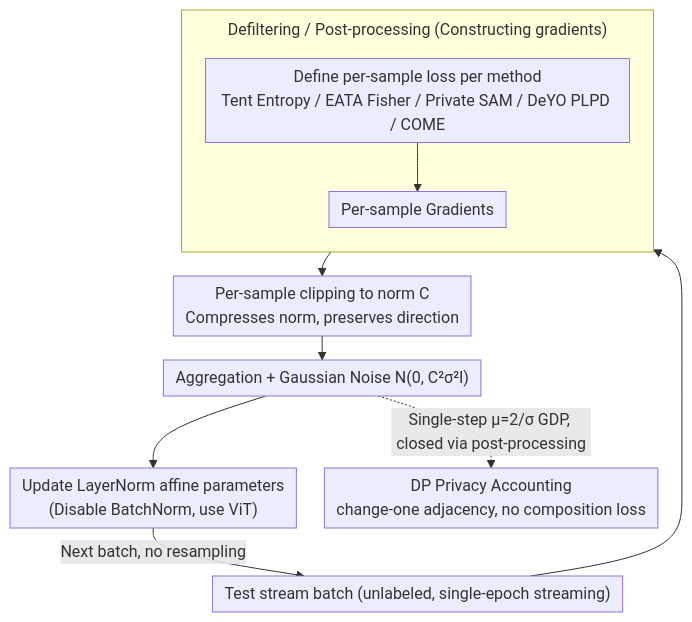
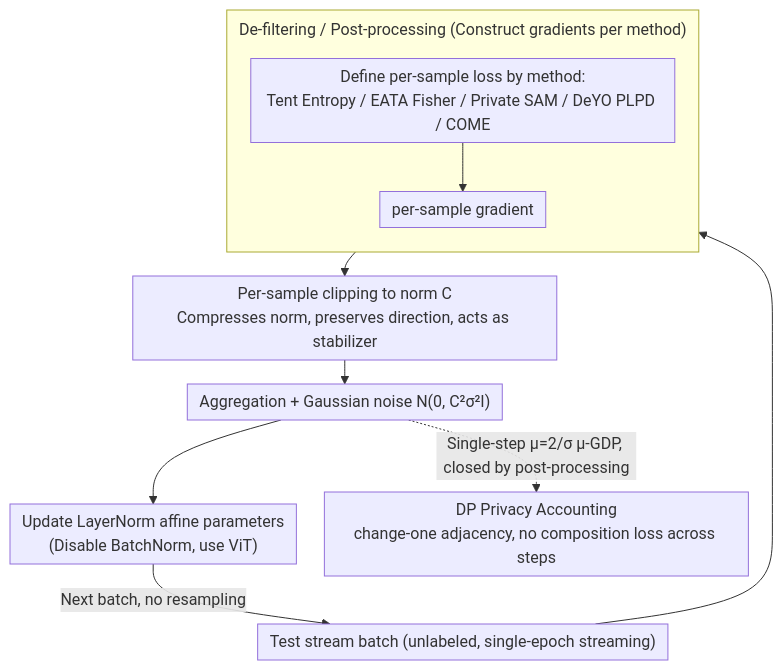
One commit to zhaoyang97/Paper-Notes-en changed the diagram in docs/ICML2026/others/private_and_stable_test-time_adaptation_with_differential_privacy.md. Above: the diagram before and after it, drawn with Mermaid. The commit also changed other lines of this file and 5084 other files, not shown here.

````diff
--- a/docs/ICML2026/others/private_and_stable_test-time_adaptation_with_differential_privacy.md
+++ b/docs/ICML2026/others/private_and_stable_test-time_adaptation_with_differential_privacy.md
@@ -48,14 +48,14 @@
 ```mermaid
 %%{init: {'flowchart': {'rankSpacing': 24, 'nodeSpacing': 28, 'padding': 6, 'wrappingWidth': 400, 'subGraphTitleMargin': {'top': 8, 'bottom': 16}}}}%%
 flowchart TD
     A["Test stream batch (unlabeled, single-epoch streaming)"] --> G2
-    subgraph G2["Defiltering / Post-processing (Constructing gradients)"]
+    subgraph G2["De-filtering / Post-processing (Construct gradients per method)"]
         direction TB
-        B["Define per-sample loss per method<br/>Tent Entropy / EATA Fisher / Private SAM / DeYO PLPD / COME"] --> C["Per-sample Gradients"]
+        B["Define per-sample loss by method:<br/>Tent Entropy / EATA Fisher / Private SAM / DeYO PLPD / COME"] --> C["per-sample gradient"]
     end
-    G2 --> D["Per-sample clipping to norm C<br/>Compresses norm, preserves direction"]
-    D --> E["Aggregation + Gaussian Noise N(0, C²σ²I)"]
+    G2 --> D["Per-sample clipping to norm C<br/>Compresses norm, preserves direction, acts as stabilizer"]
+    D --> E["Aggregation + Gaussian noise N(0, C²σ²I)"]
     E --> F["Update LayerNorm affine parameters<br/>(Disable BatchNorm, use ViT)"]
     F -->|Next batch, no resampling| A
-    E -.->|Single-step μ=2/σ GDP, closed via post-processing| P["DP Privacy Accounting<br/>change-one adjacency, no composition loss"]
+    E -.->|Single-step μ=2/σ μ-GDP, closed by post-processing| P["DP Privacy Accounting<br/>change-one adjacency, no composition loss across steps"]
 ```
````
